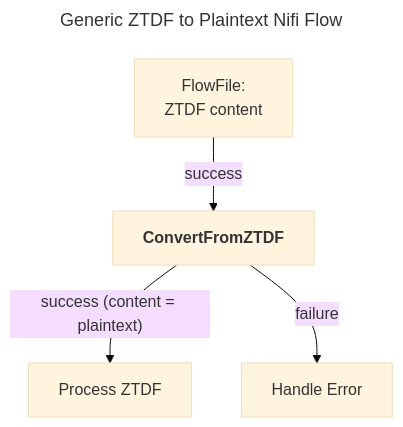
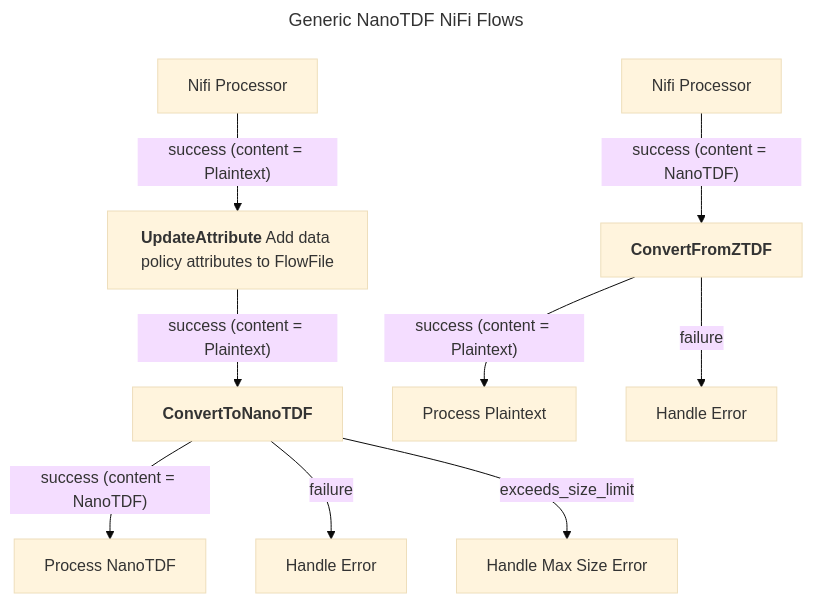
One commit to opentdf/nifi changed the second of 2 diagrams in README.md. Above: the diagram before and after it, drawn with Mermaid (base theme). The commit also changed other lines of this file and 12 other files, not shown here.

First line of the commit message:
feat: adding NanoTDF support (#5)

````diff
--- a/README.md
+++ b/README.md
@@ -31,13 +42,24 @@
 ```mermaid
 ---
-title: Generic ZTDF to Plaintext Nifi Flow
+title: Generic NanoTDF NiFi Flows
 ---
 flowchart TD
-   a[FlowFile: \nZTDF content]
-   b["`**ConvertFromZTDF**`"]
-   c["Process ZTDF"]
-   d["Handle Error"]
-   a -- success --> b
-   b -- success (content = plaintext) --> c
-   b -- failure --> d
+    a[Nifi Processor]
+    b["`**UpdateAttribute**`" Add data policy attributes to FlowFile]
+    c["`**ConvertToNanoTDF**`"]
+    d["Process NanoTDF"]
+    e["Handle Error"]
+    e2["Handle Max Size Error"]
+    f[Nifi Processor]
+    g["`**ConvertFromZTDF**`"]
+    h[Process Plaintext]
+    i[Handle Error]
+    a -- success (content = Plaintext) --> b
+    b -- success (content = Plaintext)--> c
+    c -- success (content = NanoTDF) --> d
+    c -- failure --> e
+    c -- exceeds_size_limit --> e2
+    f -- success (content = NanoTDF) --> g
+    g -- success (content = Plaintext) --> h
+    g -- failure --> i
 ```
````
